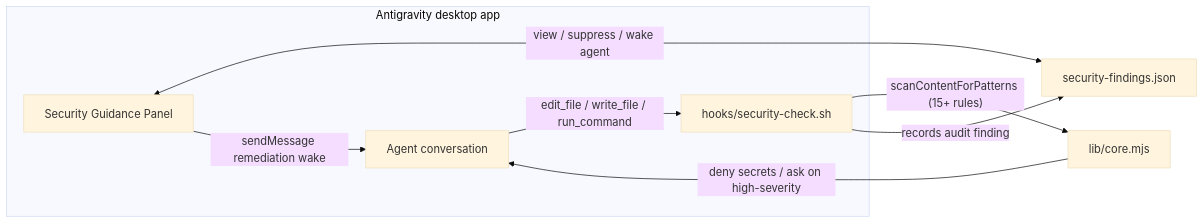
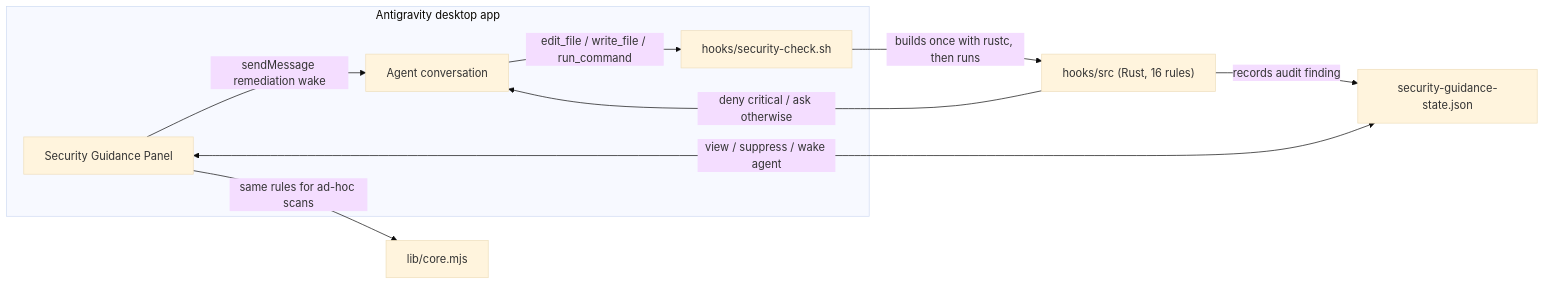
The diagram in apps/desktop/antigravity/plugins/security-guidance/docs/index.md (VitruvianSoftware/vitruvian-core), drawn with Mermaid (base theme) before and after one commit. The commit also changed other lines of this file and 78 other files, not shown here.

````diff
--- a/apps/desktop/antigravity/plugins/security-guidance/docs/index.md
+++ b/apps/desktop/antigravity/plugins/security-guidance/docs/index.md
@@ -10,14 +10,15 @@
 ```mermaid
 flowchart LR
     subgraph app["Antigravity desktop app"]
         conv["Agent conversation"]
         hook["hooks/security-check.sh"]
         panel["Security Guidance Panel"]
     end
     conv -- "edit_file / write_file / run_command" --> hook
-    hook -- "scanContentForPatterns (15+ rules)" --> core["lib/core.mjs"]
-    core -- "deny secrets / ask on high-severity" --> conv
-    hook -- "records audit finding" --> store["security-findings.json"]
+    hook -- "builds once with rustc, then runs" --> rust["hooks/src (Rust, 16 rules)"]
+    rust -- "deny critical / ask otherwise" --> conv
+    rust -- "records audit finding" --> store["security-guidance-state.json"]
+    panel -- "same rules for ad-hoc scans" --> core["lib/core.mjs"]
     panel <-- "view / suppress / wake agent" --> store
     panel -- "sendMessage remediation wake" --> conv
 ```
````
